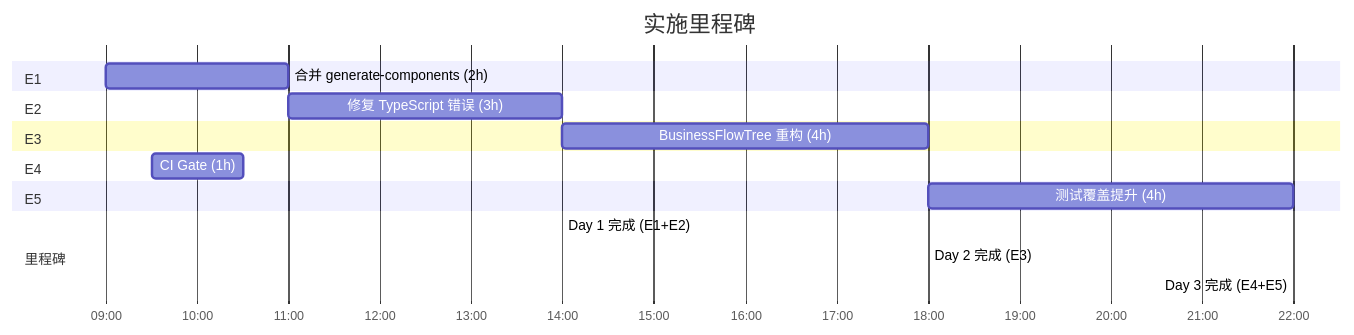
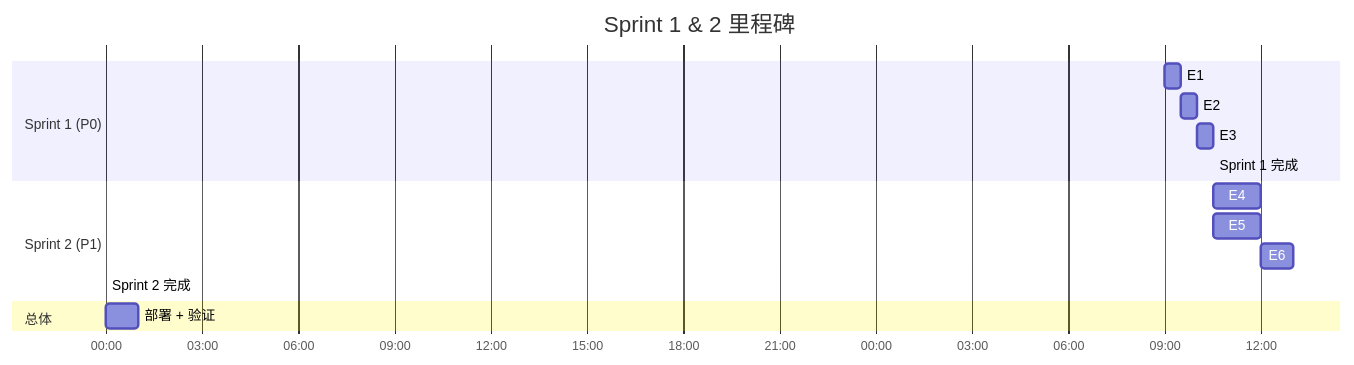
Before and after one commit to MMXC/vibex: the diagram in docs/vibex-dev-proposals-vibex-proposals-20260406/IMPLEMENTATION_PLAN.md, drawn with Mermaid. The commit also changed other lines of this file and 32 other files, not shown here.

Commit message:
feat(canvas): E1 add recordSnapshot to BoundedContextTree CRUD operations

````diff
--- a/docs/vibex-dev-proposals-vibex-proposals-20260406/IMPLEMENTATION_PLAN.md
+++ b/docs/vibex-dev-proposals-vibex-proposals-20260406/IMPLEMENTATION_PLAN.md
@@ -187,26 +530,21 @@
 ```mermaid
 gantt
-    title 实施里程碑
+    title Sprint 1 & 2 里程碑
     dateFormat  HH-mm
     axisFormat  %H:%M
 
-    section E1
-    合并 generate-components (2h)    :e1, 2026-04-06 09:00, 2h
+    section Sprint 1 (P0)
+    E1: OPTIONS 路由修复 (0.5h)          :e1, 2026-04-06 09:00, 30m
+    E2: Canvas checkbox 修复 (0.3h)      :e2, after e1, 30m
+    E3: flowId schema 修复 (0.3h)       :e3, after e2, 30m
+    Sprint 1 完成                         :milestone1, after e3, 0d
 
-    section E2
-    修复 TypeScript 错误 (3h)         :e2, after e1, 3h
+    section Sprint 2 (P1)
+    E4: SSE 超时清理 (1.5h)             :e4, after milestone1, 90m
+    E5: 分布式限流 (1.5h)               :e5, after e4, 90m
+    E6: test-notify 去重 (1.0h)         :e6, after e5, 60m
+    Sprint 2 完成                         :milestone2, after e6, 0d
 
-    section E3
-    BusinessFlowTree 重构 (4h)        :e3, after e2, 4h
-
-    section E4
-    CI Gate (1h)                     :e4, 2026-04-06 09:30, 1h
-
-    section E5
-    测试覆盖提升 (4h)                 :e5, after e3, 4h
-
-    section 里程碑
-    Day 1 完成 (E1+E2)                :milestone1, after e2, 0d
-    Day 2 完成 (E3)                   :milestone2, after e3, 0d
-    Day 3 完成 (E4+E5)                :milestone3, after e5, 0d
+    section 总体
+    部署 + 验证                          :deploy, after milestone2, 60m
 ```
````
